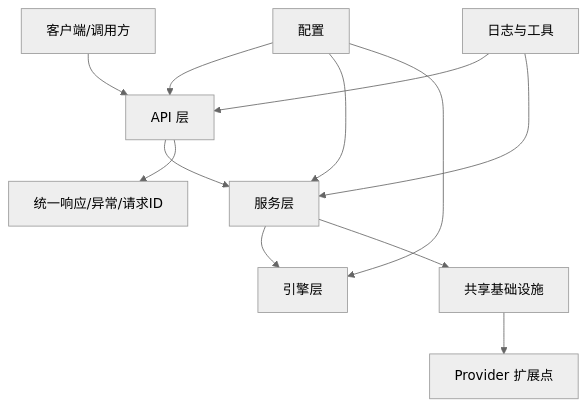
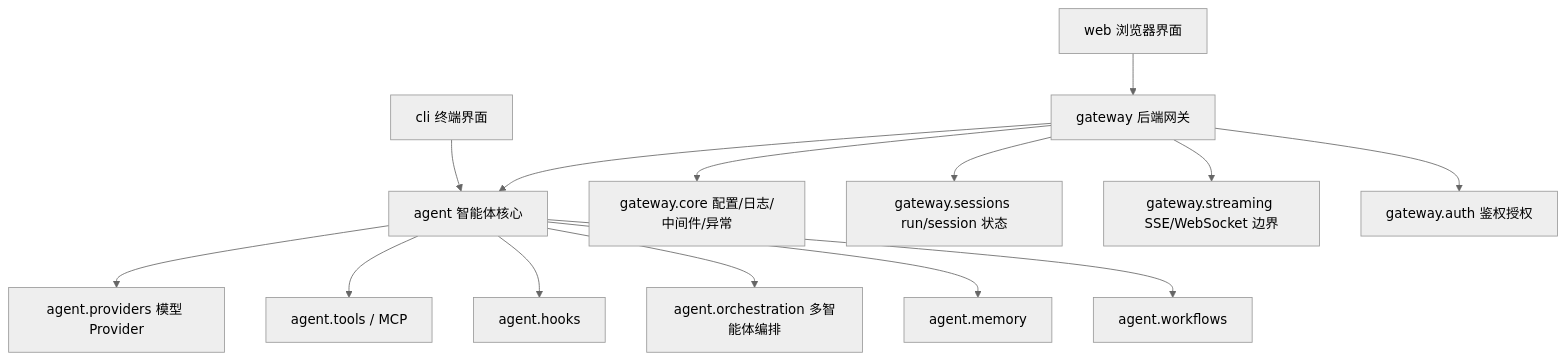
Before and after one commit to berhannnnd/Agent: the diagram in docs/architecture.md, drawn with Mermaid (neutral theme). The commit also changed other lines of this file and 186 other files, not shown here.

Commit message:
refactor: restructure agent runtime architecture

````diff
--- a/docs/architecture.md
+++ b/docs/architecture.md
@@ -3,14 +3,16 @@
 ```mermaid
 graph TB
-    Client["客户端/调用方"] --> API["API 层"]
-    API --> Services["服务层"]
-    Services --> Engines["引擎层"]
-    Services --> Shared["共享基础设施"]
-    API --> Common["统一响应/异常/请求ID"]
-    Shared --> Provider["Provider 扩展点"]
-    Core["配置"] --> API
-    Core --> Services
-    Core --> Engines
-    Utils["日志与工具"] --> API
-    Utils --> Services
+    CLI["cli 终端界面"] --> Agent["agent 智能体核心"]
+    Web["web 浏览器界面"] --> Gateway["gateway 后端网关"]
+    Gateway --> Agent
+    Gateway --> Core["gateway.core 配置/日志/中间件/异常"]
+    Gateway --> Sessions["gateway.sessions run/session 状态"]
+    Gateway --> Streaming["gateway.streaming SSE/WebSocket 边界"]
+    Gateway --> Auth["gateway.auth 鉴权授权"]
+    Agent --> Providers["agent.providers 模型 Provider"]
+    Agent --> Tools["agent.tools / MCP"]
+    Agent --> Hooks["agent.hooks"]
+    Agent --> Orchestration["agent.orchestration 多智能体编排"]
+    Agent --> Memory["agent.memory"]
+    Agent --> Workflows["agent.workflows"]
 ```
````
